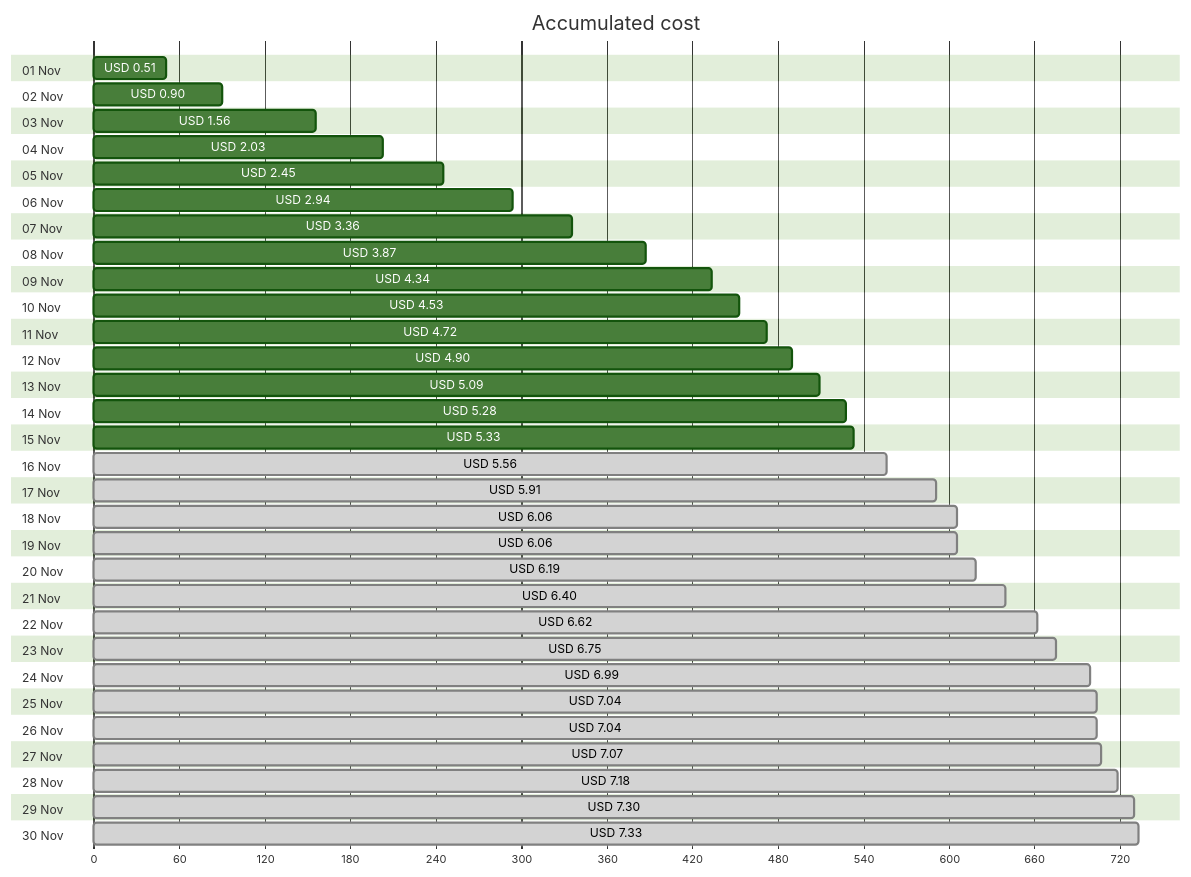
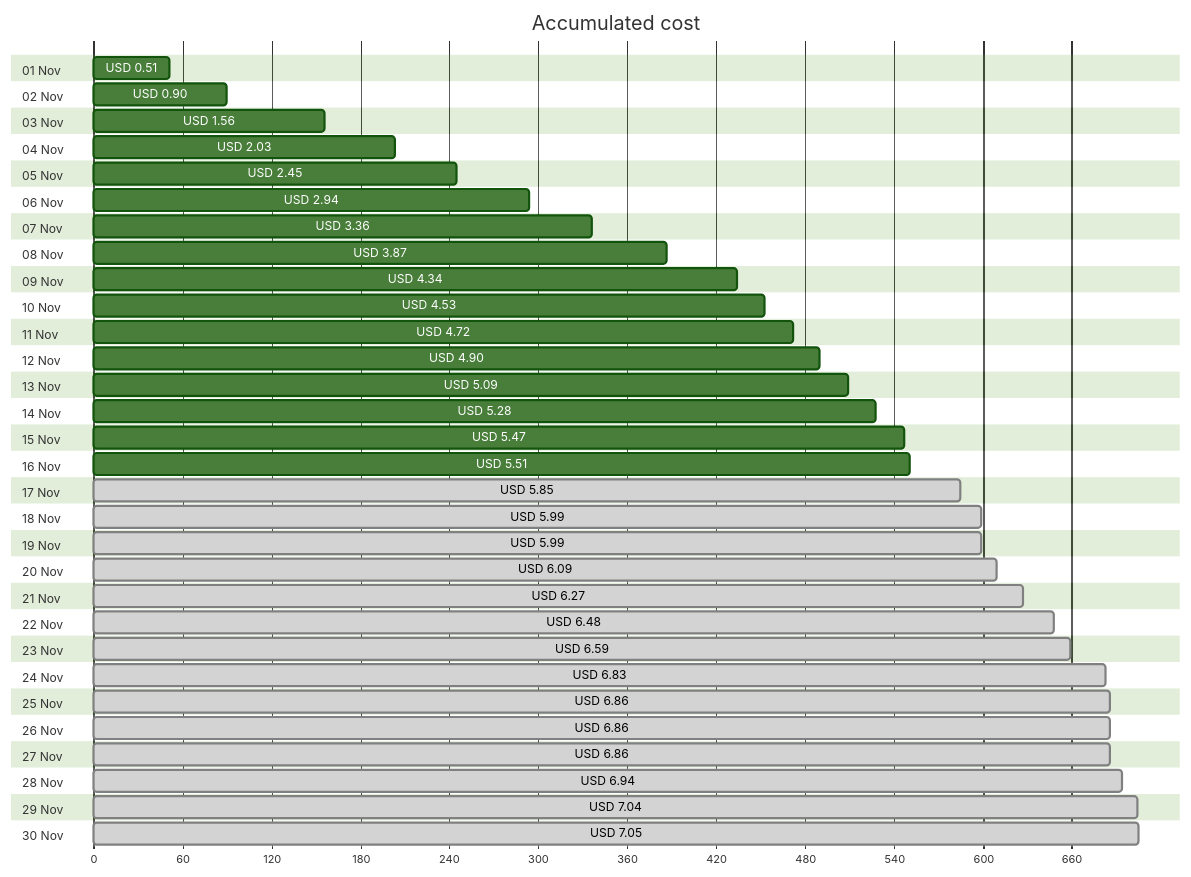
One commit to jpfulton/azure-personal-reports changed the first of 4 diagrams in cost-reports/personal-network/vpn-server.md. Above: the diagram before and after it, drawn with Mermaid (forest theme). The commit also changed other lines of this file and 8 other files, not shown here.

````diff
--- a/cost-reports/personal-network/vpn-server.md
+++ b/cost-reports/personal-network/vpn-server.md
@@ -20,66 +20,66 @@
 ```mermaid
 gantt
    title Accumulated cost
    dateFormat  X
    axisFormat %s
    section 01 Nov
    USD 0.51 :0, 51
    section 02 Nov
    USD 0.90 :0, 90
    section 03 Nov
    USD 1.56 :0, 156
    section 04 Nov
    USD 2.03 :0, 203
    section 05 Nov
    USD 2.45 :0, 245
    section 06 Nov
    USD 2.94 :0, 294
    section 07 Nov
    USD 3.36 :0, 336
    section 08 Nov
    USD 3.87 :0, 387
    section 09 Nov
    USD 4.34 :0, 434
    section 10 Nov
    USD 4.53 :0, 453
    section 11 Nov
    USD 4.72 :0, 472
    section 12 Nov
    USD 4.90 :0, 490
    section 13 Nov
    USD 5.09 :0, 509
    section 14 Nov
    USD 5.28 :0, 528
    section 15 Nov
-   USD 5.33 :0, 533
+   USD 5.47 :0, 547
    section 16 Nov
-   USD 5.56 : done, 0, 556
+   USD 5.51 :0, 551
    section 17 Nov
-   USD 5.91 : done, 0, 591
+   USD 5.85 : done, 0, 585
    section 18 Nov
-   USD 6.06 : done, 0, 606
+   USD 5.99 : done, 0, 599
    section 19 Nov
-   USD 6.06 : done, 0, 606
+   USD 5.99 : done, 0, 599
    section 20 Nov
-   USD 6.19 : done, 0, 619
+   USD 6.09 : done, 0, 609
    section 21 Nov
-   USD 6.40 : done, 0, 640
+   USD 6.27 : done, 0, 627
    section 22 Nov
-   USD 6.62 : done, 0, 662
+   USD 6.48 : done, 0, 648
    section 23 Nov
-   USD 6.75 : done, 0, 675
+   USD 6.59 : done, 0, 659
    section 24 Nov
-   USD 6.99 : done, 0, 699
+   USD 6.83 : done, 0, 683
    section 25 Nov
+   USD 6.86 : done, 0, 686
+   section 26 Nov
+   USD 6.86 : done, 0, 686
+   section 27 Nov
+   USD 6.86 : done, 0, 686
+   section 28 Nov
+   USD 6.94 : done, 0, 694
+   section 29 Nov
    USD 7.04 : done, 0, 704
-   section 26 Nov
-   USD 7.04 : done, 0, 704
-   section 27 Nov
-   USD 7.07 : done, 0, 707
-   section 28 Nov
-   USD 7.18 : done, 0, 718
-   section 29 Nov
-   USD 7.30 : done, 0, 730
    section 30 Nov
-   USD 7.33 : done, 0, 733
+   USD 7.05 : done, 0, 705
 ```
````
